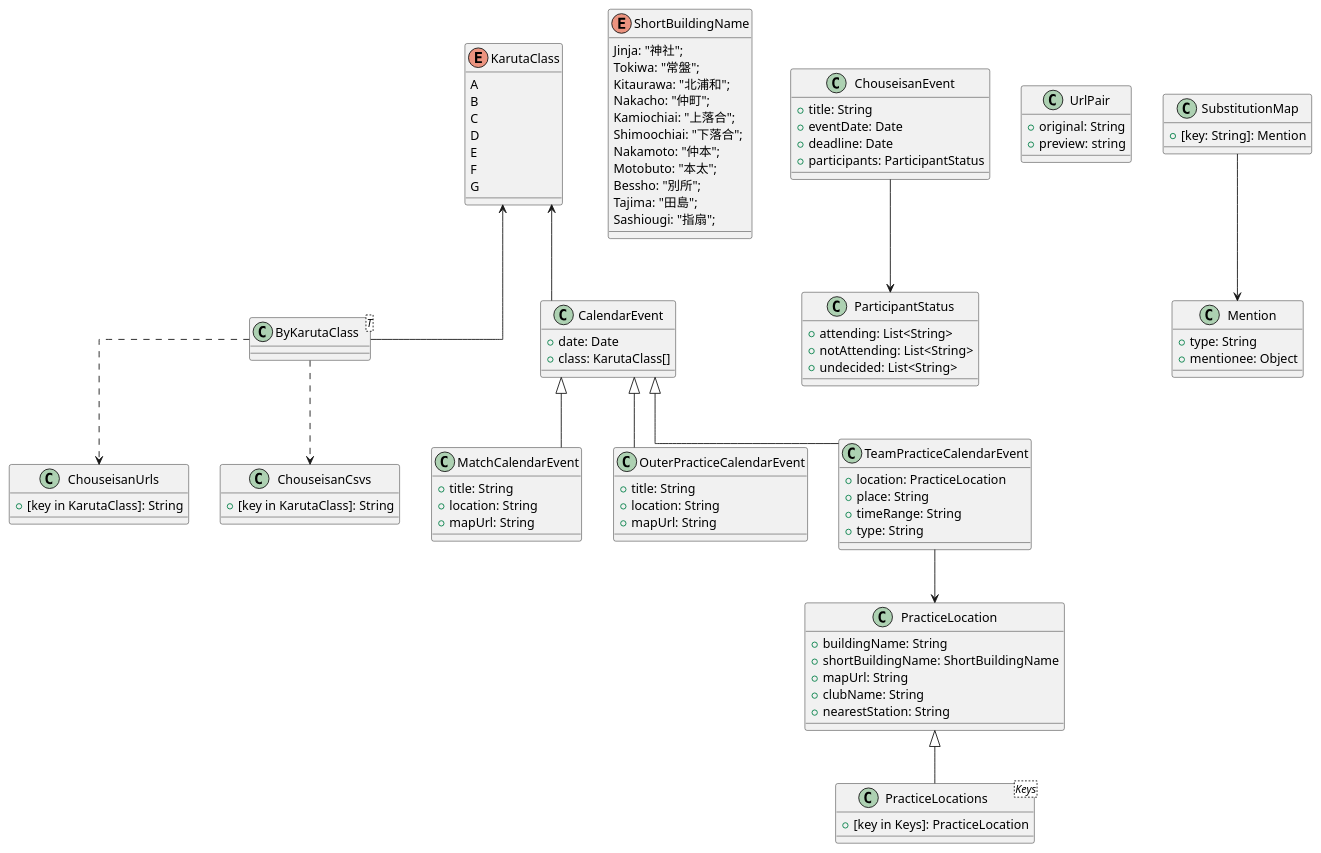
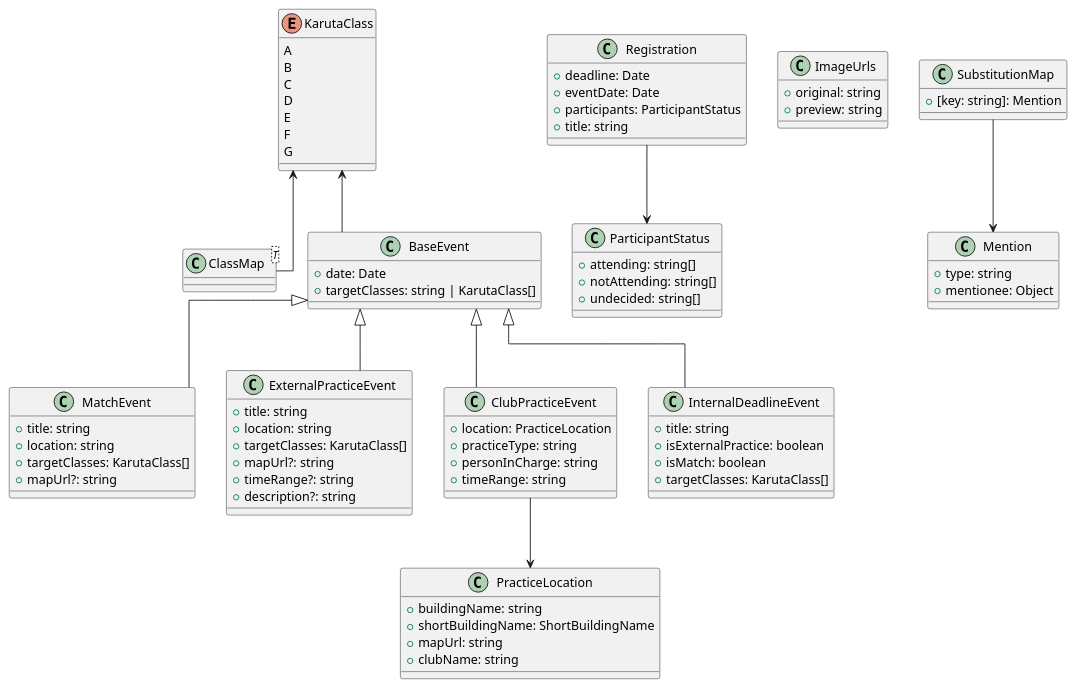
Before and after one commit to fal-math/line-bot-tools: the diagram in diagram/type.puml, drawn with PlantUML. The commit also changed 3 other files, not shown here.

```diff
--- a/diagram/type.puml
+++ b/diagram/type.puml
@@ -1,121 +1,97 @@
 @startuml Class Diagram of Types
 skinparam linetype ortho
 
 enum KarutaClass {
   A
   B
   C
   D
   E
   F
   G
 }
 
-enum ShortBuildingName {
-  Jinja: "神社";
-  Tokiwa: "常盤";
-  Kitaurawa: "北浦和";
-  Nakacho: "仲町";
-  Kamiochiai: "上落合";
-  Shimoochiai: "下落合";
-  Nakamoto: "仲本";
-  Motobuto: "本太";
-  Bessho: "別所";
-  Tajima: "田島";
-  Sashiougi: "指扇";
+class ClassMap<T> {
 }
 
-class ByKarutaClass<T> {
+class BaseEvent {
+  +date: Date
+  +targetClasses: string | KarutaClass[]
 }
 
-class ChouseisanUrls {
-  +[key in KarutaClass]: String
-}
-class ChouseisanCsvs {
-  +[key in KarutaClass]: String
+class MatchEvent {
+  +title: string
+  +location: string
+  +targetClasses: KarutaClass[]
+  +mapUrl?: string
 }
 
-' class GroupedEvents {
-'   +[key in KarutaClass]: { events: List<String>; url: String }
-' }
-
-class CalendarEvent {
-  +date: Date
-  +class: KarutaClass[]
+class ExternalPracticeEvent {
+  +title: string
+  +location: string
+  +targetClasses: KarutaClass[]
+  +mapUrl?: string
+  +timeRange?: string
+  +description?: string
 }
 
-class ChouseisanEvent {
-  +title: String
-  +eventDate: Date
-  +deadline: Date
-  +participants: ParticipantStatus
+class ClubPracticeEvent {
+  +location: PracticeLocation
+  +practiceType: string
+  +personInCharge: string
+  +timeRange: string
 }
 
-class MatchCalendarEvent {
-  +title: String
-  +location: String
-  +mapUrl: String
+class InternalDeadlineEvent {
+  +title: string
+  +isExternalPractice: boolean
+  +isMatch: boolean
+  +targetClasses: KarutaClass[]
 }
 
-class OuterPracticeCalendarEvent {
-  +title: String
-  +location: String
-  +mapUrl: String
-}
-
-class TeamPracticeCalendarEvent {
-  +location: PracticeLocation
-  +place: String
-  +timeRange: String
-  +type: String
-}
-
-
-CalendarEvent <|-- TeamPracticeCalendarEvent
-CalendarEvent <|-- MatchCalendarEvent
-CalendarEvent <|-- OuterPracticeCalendarEvent
+BaseEvent <|-- ClubPracticeEvent
+BaseEvent <|-- MatchEvent
+BaseEvent <|-- ExternalPracticeEvent
+BaseEvent <|-- InternalDeadlineEvent
 
 ' PracticeLocation
 class PracticeLocation {
-  +buildingName: String
+  +buildingName: string
   +shortBuildingName: ShortBuildingName
-  +mapUrl: String
-  +clubName: String
-  +nearestStation: String
-}
-
-class PracticeLocations<Keys> {
-  +[key in Keys]: PracticeLocation
+  +mapUrl: string
+  +clubName: string
 }
 
 class ParticipantStatus {
-  +attending: List<String>
-  +notAttending: List<String>
-  +undecided: List<String>
+  +attending: string[]
+  +notAttending: string[]
+  +undecided: string[]
 }
 
+class Registration {
+  +deadline: Date
+  +eventDate: Date
+  +participants: ParticipantStatus
+  +title: string
+}
 
-class UrlPair {
-  +original: String
+class ImageUrls {
+  +original: string
   +preview: string
 }
 
 class Mention {
-  +type: String
+  +type: string
   +mentionee: Object
 }
 
 class SubstitutionMap {
-  +[key: String]: Mention
+  +[key: string]: Mention
 }
 
-PracticeLocation <|-- PracticeLocations
-ByKarutaClass -up-> KarutaClass
-CalendarEvent -up-> KarutaClass
-ByKarutaClass ..> ChouseisanUrls
-ByKarutaClass ..> ChouseisanCsvs
-' ByKarutaClass ..> GroupedEvents
-ChouseisanEvent --> ParticipantStatus
-TeamPracticeCalendarEvent --> PracticeLocation
+ClassMap -up-> KarutaClass
+BaseEvent -up-> KarutaClass
+Registration --> ParticipantStatus
+ClubPracticeEvent --> PracticeLocation
 SubstitutionMap --> Mention
 @enduml
```
